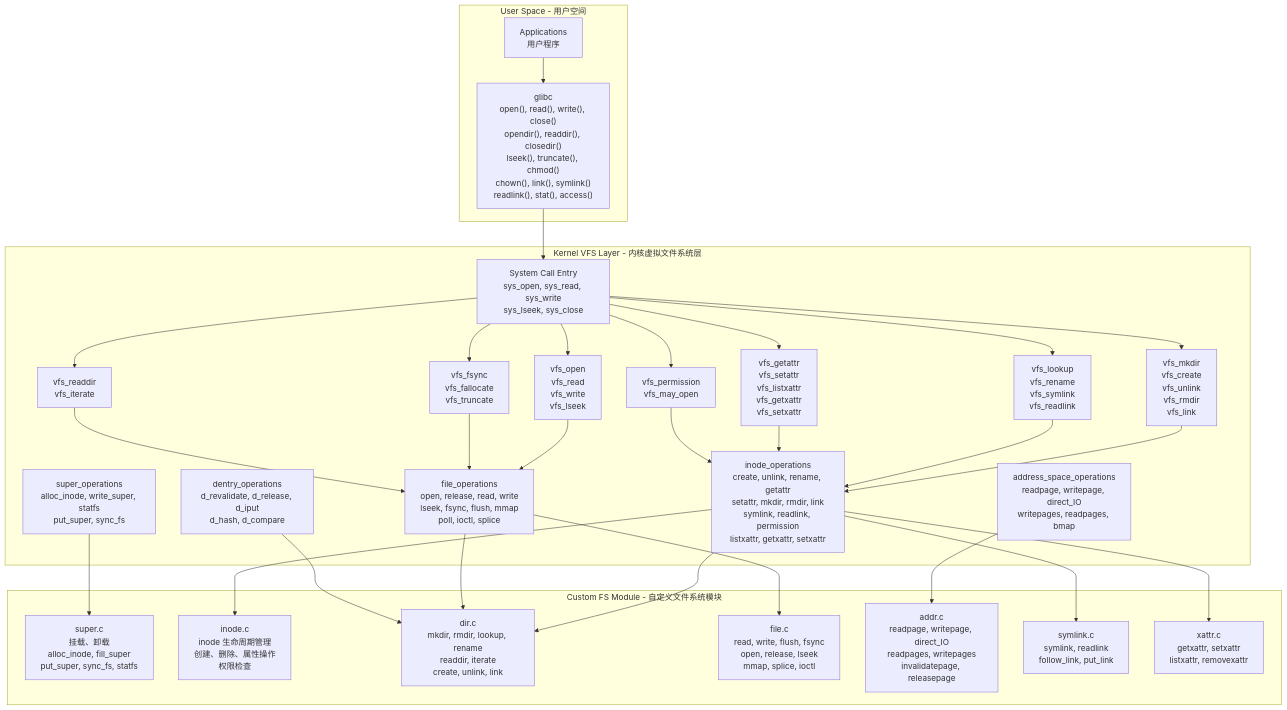
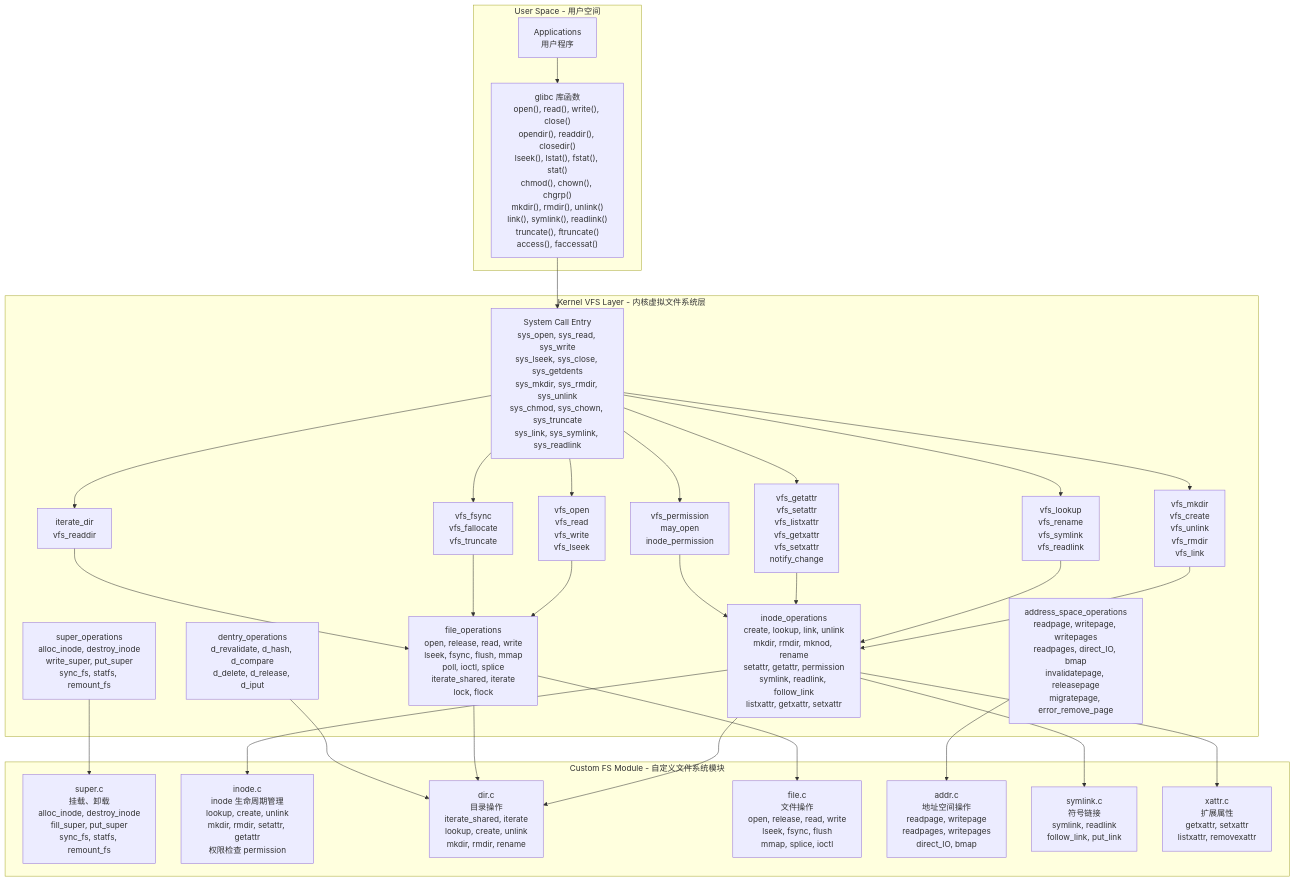
Before and after one commit to wuhongsong/fullstack-blog-system: the first of 12 diagrams in trash/kernel fs 2.md, drawn with Mermaid. The commit also changed other lines of this file, not shown here.

````diff
--- a/trash/kernel fs 2.md
+++ b/trash/kernel fs 2.md
@@ -80,64 +80,64 @@
 ```mermaid
 flowchart TB
     %% 用户空间
     subgraph UserSpace["User Space - 用户空间"]
         A_user["Applications<br/>用户程序"]
-        A_glibc["glibc<br/>open(), read(), write(), close()<br/>opendir(), readdir(), closedir()<br/>lseek(), truncate(), chmod()<br/>chown(), link(), symlink()<br/>readlink(), stat(), access()"]
+        A_glibc["glibc 库函数<br/>open(), read(), write(), close()<br/>opendir(), readdir(), closedir()<br/>lseek(), lstat(), fstat(), stat()<br/>chmod(), chown(), chgrp()<br/>mkdir(), rmdir(), unlink()<br/>link(), symlink(), readlink()<br/>truncate(), ftruncate()<br/>access(), faccessat()"]
     end
 
     %% VFS 层
     subgraph KernelVFS["Kernel VFS Layer - 内核虚拟文件系统层"]
-        B_syscall["System Call Entry<br/>sys_open, sys_read, sys_write<br/>sys_lseek, sys_close"]
+        B_syscall["System Call Entry<br/>sys_open, sys_read, sys_write<br/>sys_lseek, sys_close, sys_getdents<br/>sys_mkdir, sys_rmdir, sys_unlink<br/>sys_chmod, sys_chown, sys_truncate<br/>sys_link, sys_symlink, sys_readlink"]
         B_vfs_rw["vfs_open<br/>vfs_read<br/>vfs_write<br/>vfs_lseek"]
         B_vfs_meta["vfs_mkdir<br/>vfs_create<br/>vfs_unlink<br/>vfs_rmdir<br/>vfs_link"]
         B_vfs_path["vfs_lookup<br/>vfs_rename<br/>vfs_symlink<br/>vfs_readlink"]
-        B_vfs_attr["vfs_getattr<br/>vfs_setattr<br/>vfs_listxattr<br/>vfs_getxattr<br/>vfs_setxattr"]
+        B_vfs_attr["vfs_getattr<br/>vfs_setattr<br/>vfs_listxattr<br/>vfs_getxattr<br/>vfs_setxattr<br/>notify_change"]
         B_vfs_sync["vfs_fsync<br/>vfs_fallocate<br/>vfs_truncate"]
-        B_vfs_dir["vfs_readdir<br/>vfs_iterate"]
-        B_vfs_perm["vfs_permission<br/>vfs_may_open"]
+        B_vfs_dir["iterate_dir<br/>vfs_readdir"]
+        B_vfs_perm["vfs_permission<br/>may_open<br/>inode_permission"]
 
-        C_super["super_operations<br/>alloc_inode, write_super, statfs<br/>put_super, sync_fs"]
-        D_inode["inode_operations<br/>create, unlink, rename, getattr<br/>setattr, mkdir, rmdir, link<br/>symlink, readlink, permission<br/>listxattr, getxattr, setxattr"]
-        E_dentry["dentry_operations<br/>d_revalidate, d_release, d_iput<br/>d_hash, d_compare"]
-        F_file["file_operations<br/>open, release, read, write<br/>lseek, fsync, flush, mmap<br/>poll, ioctl, splice"]
-        G_addr["address_space_operations<br/>readpage, writepage, direct_IO<br/>writepages, readpages, bmap"]
+        C_super["super_operations<br/>alloc_inode, destroy_inode<br/>write_super, put_super<br/>sync_fs, statfs, remount_fs"]
+        D_inode["inode_operations<br/>create, lookup, link, unlink<br/>mkdir, rmdir, mknod, rename<br/>setattr, getattr, permission<br/>symlink, readlink, follow_link<br/>listxattr, getxattr, setxattr"]
+        E_dentry["dentry_operations<br/>d_revalidate, d_hash, d_compare<br/>d_delete, d_release, d_iput"]
+        F_file["file_operations<br/>open, release, read, write<br/>lseek, fsync, flush, mmap<br/>poll, ioctl, splice<br/>iterate_shared, iterate<br/>lock, flock"]
+        G_addr["address_space_operations<br/>readpage, writepage, writepages<br/>readpages, direct_IO, bmap<br/>invalidatepage, releasepage<br/>migratepage, error_remove_page"]
     end
 
     %% FS 模块
     subgraph CustomFS["Custom FS Module - 自定义文件系统模块"]
-        H_super["super.c<br/>挂载、卸载<br/>alloc_inode, fill_super<br/>put_super, sync_fs, statfs"]
-        I_inode["inode.c<br/>inode 生命周期管理<br/>创建、删除、属性操作<br/>权限检查"]
-        J_dir["dir.c<br/>mkdir, rmdir, lookup, rename<br/>readdir, iterate<br/>create, unlink, link"]
-        K_file["file.c<br/>read, write, flush, fsync<br/>open, release, lseek<br/>mmap, splice, ioctl"]
-        L_addr["addr.c<br/>readpage, writepage, direct_IO<br/>readpages, writepages<br/>invalidatepage, releasepage"]
-        M_symlink["symlink.c<br/>symlink, readlink<br/>follow_link, put_link"]
-        N_xattr["xattr.c<br/>getxattr, setxattr<br/>listxattr, removexattr"]
+        H_super["super.c<br/>挂载、卸载<br/>alloc_inode, destroy_inode<br/>fill_super, put_super<br/>sync_fs, statfs, remount_fs"]
+        I_inode["inode.c<br/>inode 生命周期管理<br/>lookup, create, unlink<br/>mkdir, rmdir, setattr, getattr<br/>权限检查 permission"]
+        J_dir["dir.c<br/>目录操作<br/>iterate_shared, iterate<br/>lookup, create, unlink<br/>mkdir, rmdir, rename"]
+        K_file["file.c<br/>文件操作<br/>open, release, read, write<br/>lseek, fsync, flush<br/>mmap, splice, ioctl"]
+        L_addr["addr.c<br/>地址空间操作<br/>readpage, writepage<br/>readpages, writepages<br/>direct_IO, bmap"]
+        M_symlink["symlink.c<br/>符号链接<br/>symlink, readlink<br/>follow_link, put_link"]
+        N_xattr["xattr.c<br/>扩展属性<br/>getxattr, setxattr<br/>listxattr, removexattr"]
     end
 
     %% 调用链连接
     A_user --> A_glibc
     A_glibc --> B_syscall
     B_syscall --> B_vfs_rw
     B_syscall --> B_vfs_meta
     B_syscall --> B_vfs_path
     B_syscall --> B_vfs_attr
     B_syscall --> B_vfs_sync
     B_syscall --> B_vfs_dir
     B_syscall --> B_vfs_perm
     B_vfs_rw --> F_file
     B_vfs_meta --> D_inode
     B_vfs_path --> D_inode
     B_vfs_attr --> D_inode
     B_vfs_sync --> F_file
     B_vfs_dir --> F_file
     B_vfs_perm --> D_inode
     C_super --> H_super
     D_inode --> I_inode
     D_inode --> J_dir
     D_inode --> M_symlink
     D_inode --> N_xattr
     F_file --> K_file
     F_file --> J_dir
     E_dentry --> J_dir
     G_addr --> L_addr
 ```
````
